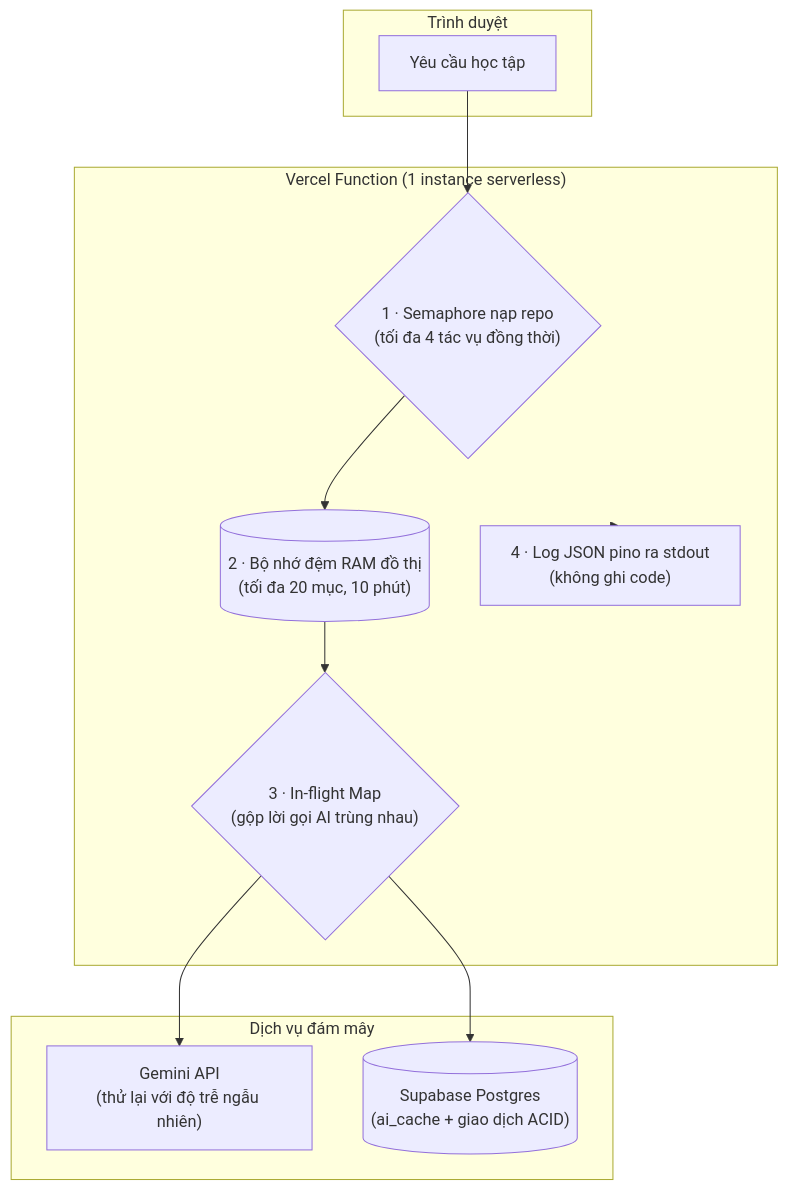
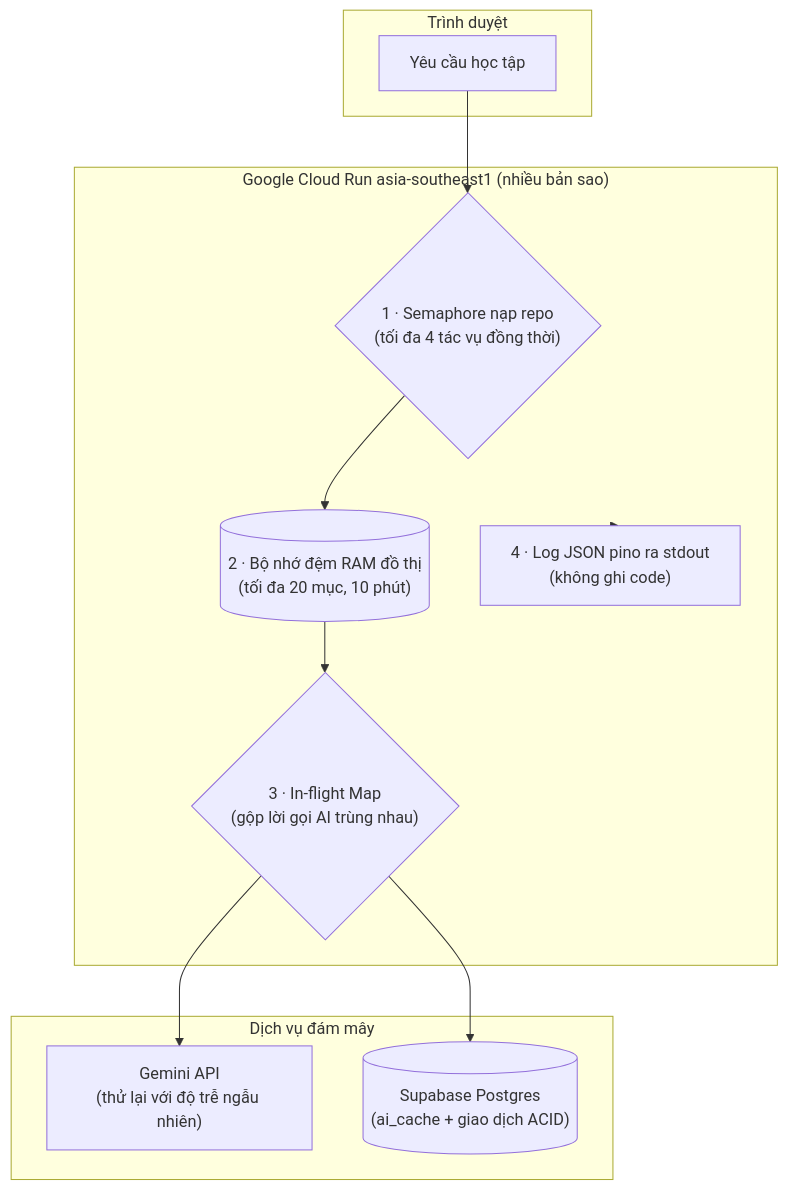
The fourth of 4 diagrams in doc-de-hieu/00_toan_canh.md (huynhthanhnhannnh-pixel/Hackathon_SGU), drawn with Mermaid before and after one commit. The commit also changed other lines of this file and 9 other files, not shown here.

````diff
--- a/doc-de-hieu/00_toan_canh.md
+++ b/doc-de-hieu/00_toan_canh.md
@@ -157,21 +157,21 @@
 ```mermaid
 flowchart TB
     subgraph Client["Trình duyệt"]
         REQ["Yêu cầu học tập"]
     end
-    subgraph Vercel["Vercel Function (1 instance serverless)"]
+    subgraph CloudRun["Google Cloud Run asia-southeast1 (nhiều bản sao)"]
         SEM{"1 · Semaphore nạp repo<br/>(tối đa 4 tác vụ đồng thời)"}
         LRU[("2 · Bộ nhớ đệm RAM đồ thị<br/>(tối đa 20 mục, 10 phút)")]
         INF{"3 · In-flight Map<br/>(gộp lời gọi AI trùng nhau)"}
         LOG["4 · Log JSON pino ra stdout<br/>(không ghi code)"]
     end
     subgraph Cloud["Dịch vụ đám mây"]
         GEMINI["Gemini API<br/>(thử lại với độ trễ ngẫu nhiên)"]
         SUPA[("Supabase Postgres<br/>(ai_cache + giao dịch ACID)")]
     end
 
     REQ --> SEM --> LRU --> INF
     INF --> GEMINI
     INF --> SUPA
-    Vercel -.-> LOG
+    CloudRun -.-> LOG
 ```
````
